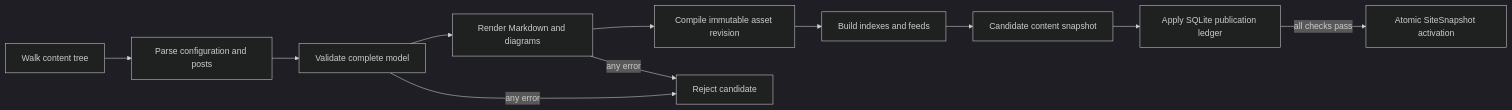
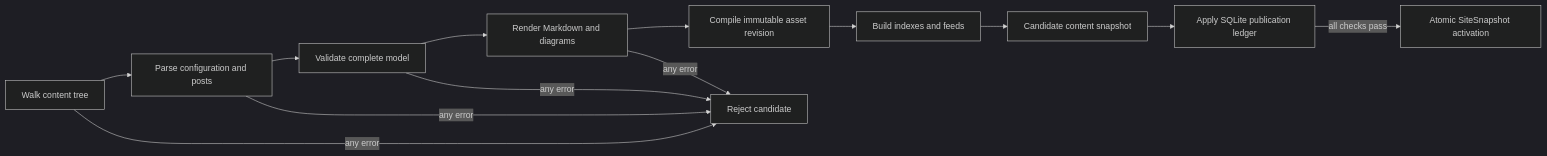
Before and after one commit to tee8z/maincopy: the second of 6 diagrams in DESIGN.md, drawn with Mermaid (dark theme). The commit also changed other lines of this file and 13 other files, not shown here.

````diff
--- a/DESIGN.md
+++ b/DESIGN.md
@@ -438,13 +527,15 @@
 ```mermaid
 flowchart LR
     Walk[Walk content tree] --> Parse[Parse configuration and posts]
     Parse --> Validate[Validate complete model]
     Validate --> Render[Render Markdown and diagrams]
     Render --> Assets[Compile immutable asset revision]
     Assets --> Index[Build indexes and feeds]
     Index --> Candidate[Candidate content snapshot]
     Candidate --> Published[Apply SQLite publication ledger]
     Published -->|all checks pass| Activate[Atomic SiteSnapshot activation]
-    Validate -->|any error| Reject[Reject candidate]
+    Walk -->|any error| Reject[Reject candidate]
+    Parse -->|any error| Reject
+    Validate -->|any error| Reject
     Render -->|any error| Reject
 ```
````
